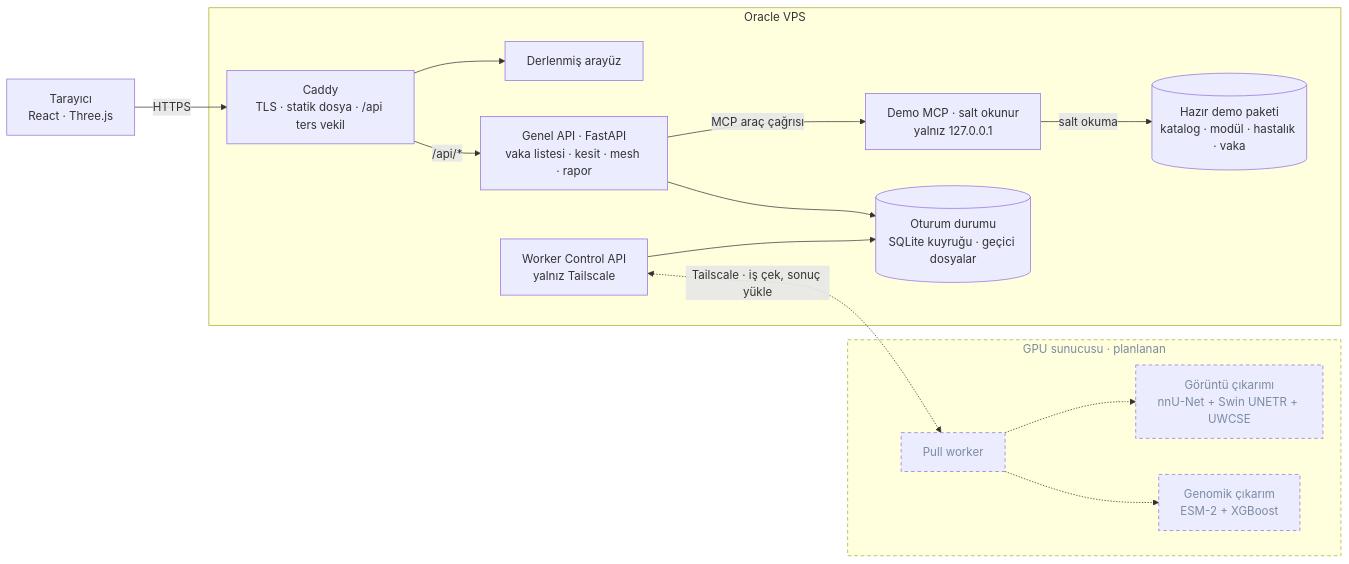
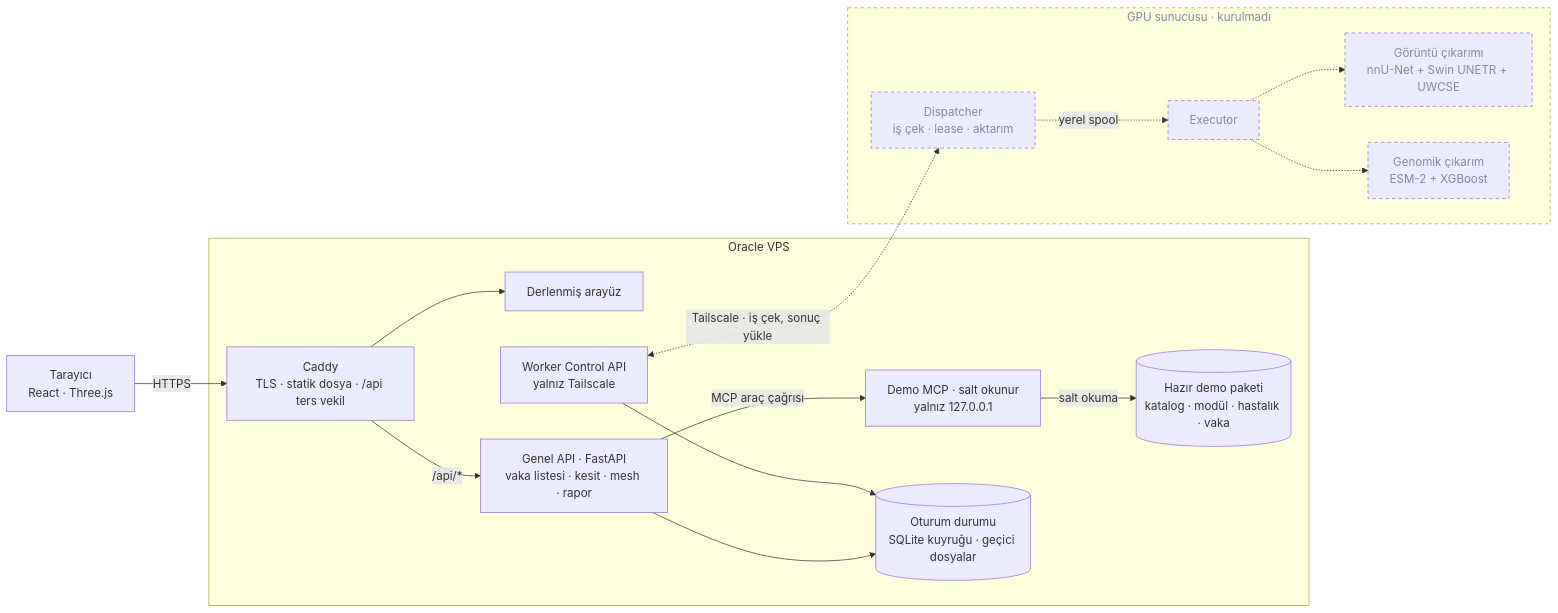
One commit to AbdullahZeynel/MERGEN changed the diagram in README.md. Above: the diagram before and after it, drawn with Mermaid. The commit also changed other lines of this file and 3 other files, not shown here.

````diff
--- a/README.md
+++ b/README.md
@@ -71,34 +71,36 @@
 ```mermaid
 flowchart LR
     U["Tarayıcı<br/>React · Three.js"]
 
     subgraph VPS["Oracle VPS"]
         CADDY["Caddy<br/>TLS · statik dosya · /api ters vekil"]
         STATIC["Derlenmiş arayüz"]
         API["Genel API · FastAPI<br/>vaka listesi · kesit · mesh · rapor"]
         MCP["Demo MCP · salt okunur<br/>yalnız 127.0.0.1"]
         CTRL["Worker Control API<br/>yalnız Tailscale"]
         DISK[("Hazır demo paketi<br/>katalog · modül · hastalık · vaka")]
         STATE[("Oturum durumu<br/>SQLite kuyruğu · geçici dosyalar")]
     end
 
-    subgraph GPU["GPU sunucusu · planlanan"]
-        W["Pull worker"]
+    subgraph GPU["GPU sunucusu · kurulmadı"]
+        W["Dispatcher<br/>iş çek · lease · aktarım"]
+        X["Executor"]
         IMG["Görüntü çıkarımı<br/>nnU-Net + Swin UNETR + UWCSE"]
         GEN["Genomik çıkarım<br/>ESM-2 + XGBoost"]
     end
 
     U -->|HTTPS| CADDY
     CADDY --> STATIC
     CADDY -->|"/api/*"| API
     API -->|"MCP araç çağrısı"| MCP
     MCP -->|"salt okuma"| DISK
     API --> STATE
     CTRL --> STATE
     CTRL <-. "Tailscale · iş çek, sonuç yükle" .-> W
-    W -.-> IMG
-    W -.-> GEN
+    W -. "yerel spool" .-> X
+    X -.-> IMG
+    X -.-> GEN
 
     classDef planlanan stroke-dasharray:5 4,color:#7c8ba1
-    class GPU,W,IMG,GEN planlanan
+    class GPU,W,X,IMG,GEN planlanan
 ```
````
